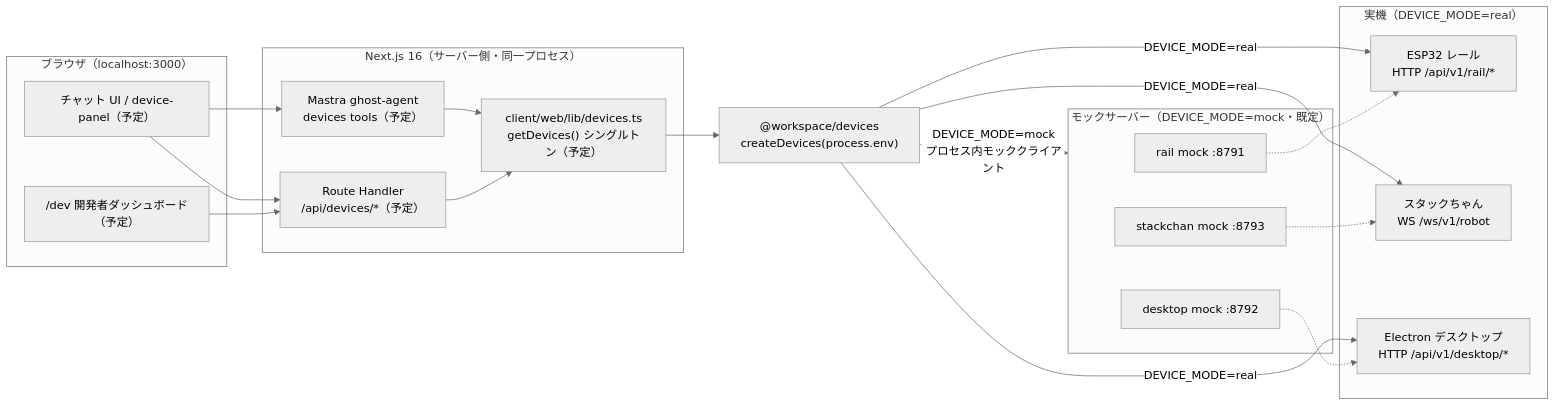
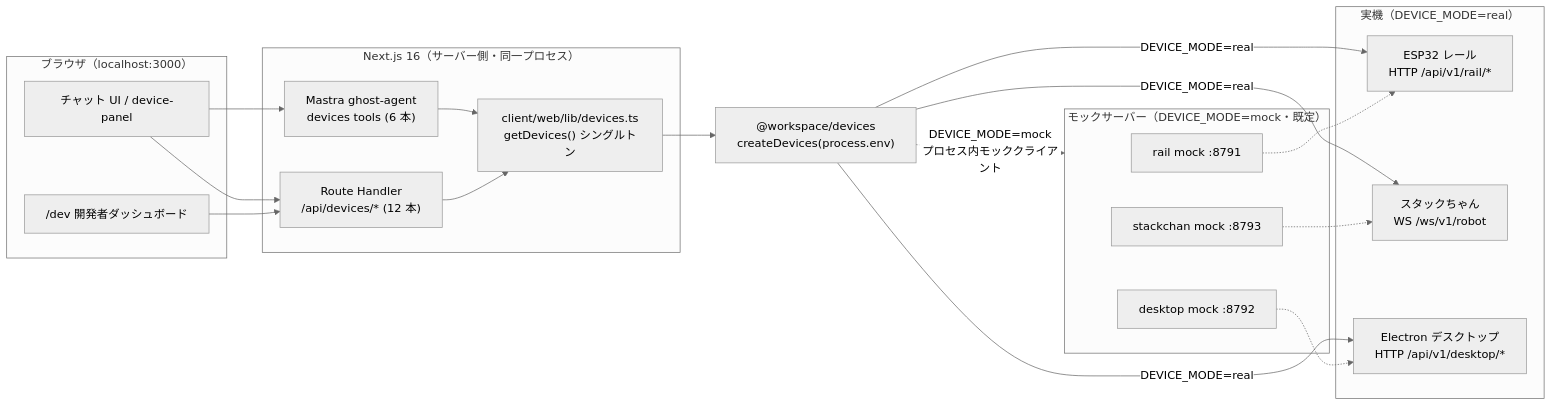
One commit to Tebaeleven/ElectricSheep-100bus changed the diagram in docs/runbooks/devices.md. Above: the diagram before and after it, drawn with Mermaid (neutral theme). The commit also changed other lines of this file and 6 other files, not shown here.

````diff
--- a/docs/runbooks/devices.md
+++ b/docs/runbooks/devices.md
@@ -11,41 +11,41 @@
 ```mermaid
 flowchart LR
   subgraph Browser["ブラウザ（localhost:3000）"]
-    UI["チャット UI / device-panel（予定）"]
-    DEV["/dev 開発者ダッシュボード（予定）"]
+    UI["チャット UI / device-panel"]
+    DEV["/dev 開発者ダッシュボード"]
   end
 
   subgraph Next["Next.js 16（サーバー側・同一プロセス）"]
-    RH["Route Handler<br/>/api/devices/*（予定）"]
-    MA["Mastra ghost-agent<br/>devices tools（予定）"]
-    LIB["client/web/lib/devices.ts<br/>getDevices() シングルトン（予定）"]
+    RH["Route Handler<br/>/api/devices/* (12 本)"]
+    MA["Mastra ghost-agent<br/>devices tools (6 本)"]
+    LIB["client/web/lib/devices.ts<br/>getDevices() シングルトン"]
   end
 
   SDK["@workspace/devices<br/>createDevices(process.env)"]
 
   subgraph Real["実機（DEVICE_MODE=real）"]
     ESP["ESP32 レール<br/>HTTP /api/v1/rail/*"]
     STK["スタックちゃん<br/>WS /ws/v1/robot"]
     ELE["Electron デスクトップ<br/>HTTP /api/v1/desktop/*"]
   end
 
   subgraph Mock["モックサーバー（DEVICE_MODE=mock・既定）"]
     MR["rail mock :8791"]
     MD["desktop mock :8792"]
     MS["stackchan mock :8793"]
   end
 
   UI --> RH
   DEV --> RH
   UI --> MA
   MA --> LIB
   RH --> LIB
   LIB --> SDK
   SDK -->|"DEVICE_MODE=real"| ESP
   SDK -->|"DEVICE_MODE=real"| STK
   SDK -->|"DEVICE_MODE=real"| ELE
   SDK -.->|"DEVICE_MODE=mock<br/>プロセス内モッククライアント"| Mock
   MR -.-> ESP
   MD -.-> ELE
   MS -.-> STK
 ```
````
